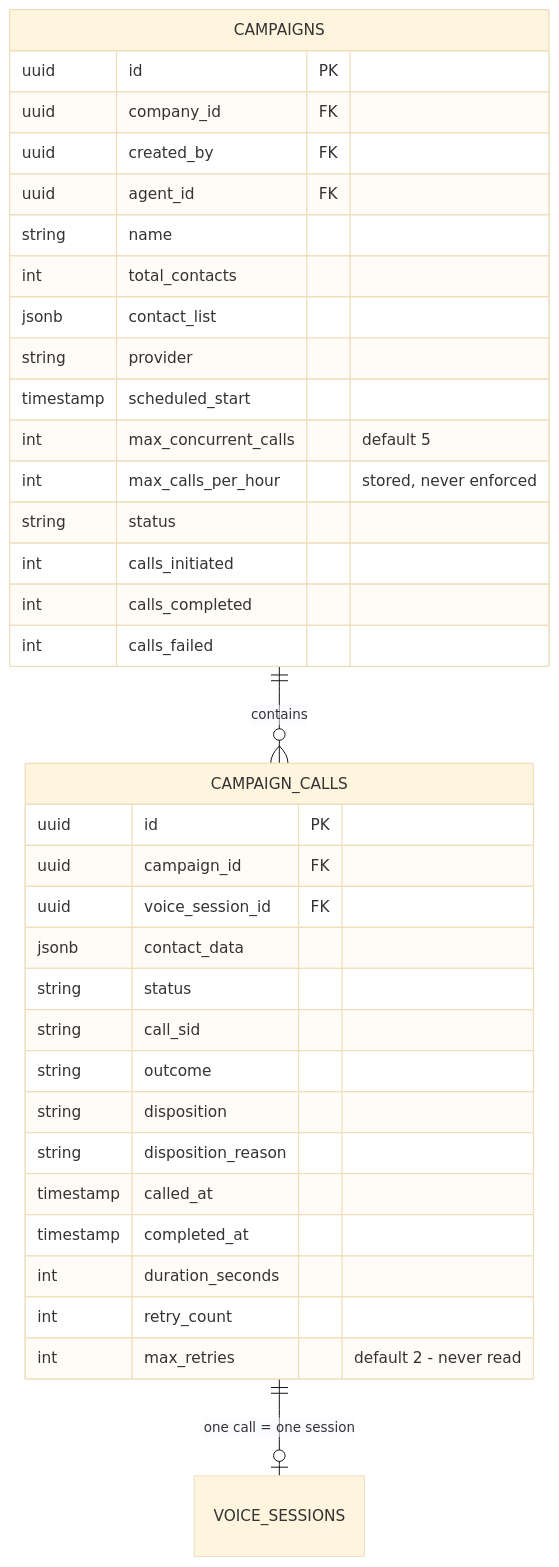
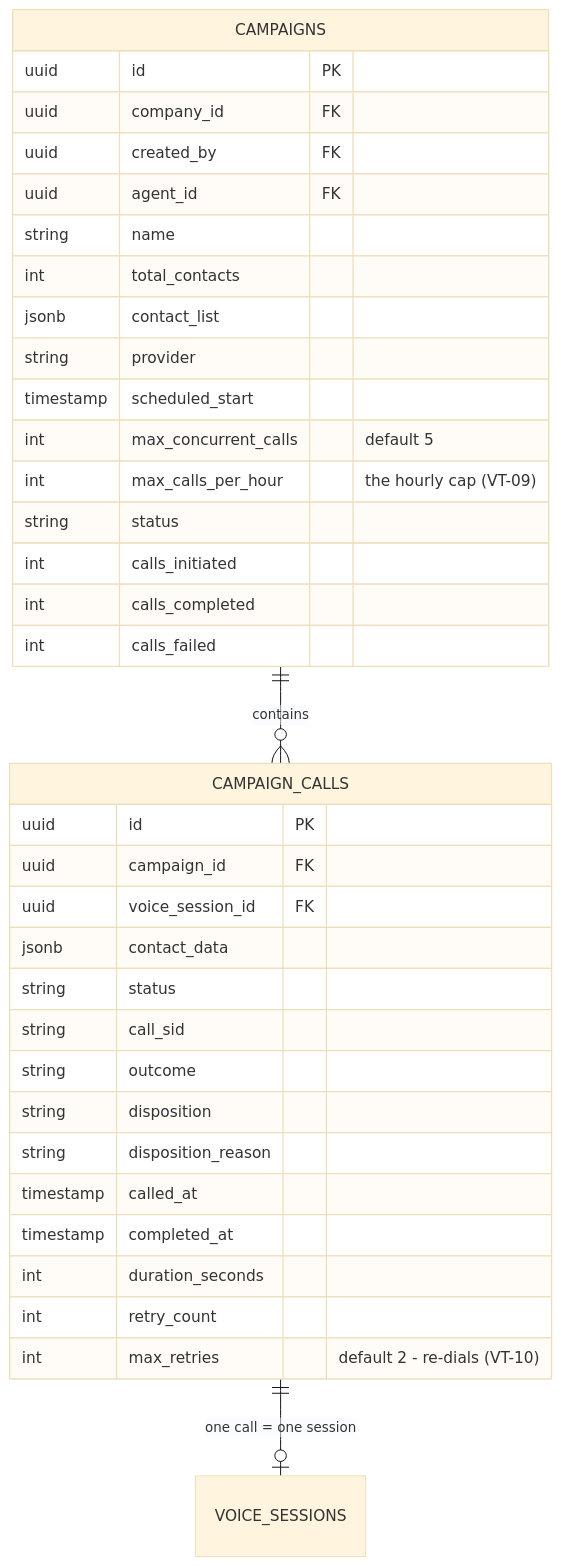
Diagram 26 of 32 in docs/current/12-voice-and-telephony.md (gondolerahul/hire-buddha-app), drawn with Mermaid (base theme) before and after one commit. The commit also changed other lines of this file and 7 other files, not shown here.

````diff
--- a/docs/current/12-voice-and-telephony.md
+++ b/docs/current/12-voice-and-telephony.md
@@ -1269,38 +1269,38 @@
 ```mermaid
 erDiagram
     CAMPAIGNS {
         uuid id PK
         uuid company_id FK
         uuid created_by FK
         uuid agent_id FK
         string name
         int total_contacts
         jsonb contact_list
         string provider
         timestamp scheduled_start
         int max_concurrent_calls "default 5"
-        int max_calls_per_hour "stored, never enforced"
+        int max_calls_per_hour "the hourly cap (VT-09)"
         string status
         int calls_initiated
         int calls_completed
         int calls_failed
     }
     CAMPAIGN_CALLS {
         uuid id PK
         uuid campaign_id FK
         uuid voice_session_id FK
         jsonb contact_data
         string status
         string call_sid
         string outcome
         string disposition
         string disposition_reason
         timestamp called_at
         timestamp completed_at
         int duration_seconds
         int retry_count
-        int max_retries "default 2 - never read"
+        int max_retries "default 2 - re-dials (VT-10)"
     }
     CAMPAIGNS ||--o{ CAMPAIGN_CALLS : contains
     CAMPAIGN_CALLS ||--o| VOICE_SESSIONS : "one call = one session"
 ```
````
